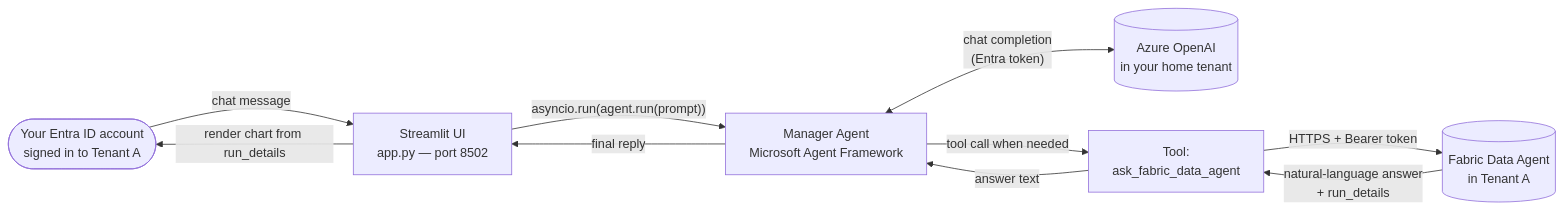
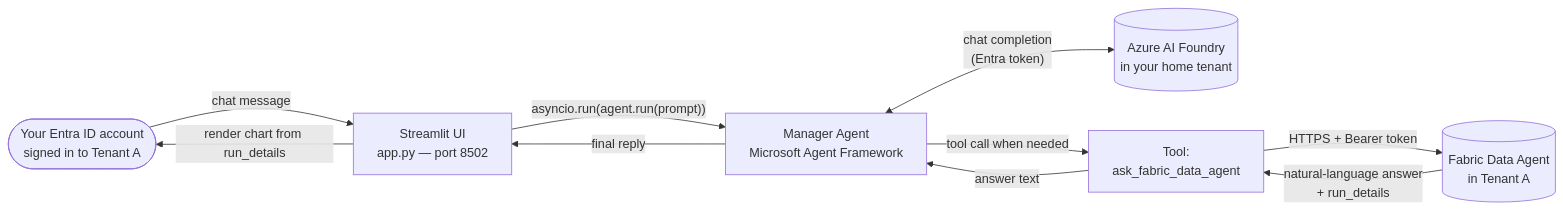
The third of 4 diagrams in README.md (edhotp/MsFabric_MsFoundry_Agent_CrossTenant), drawn with Mermaid before and after one commit. The commit also changed other lines of this file and 3 other files, not shown here.

First line of the commit message:
Switch orchestrator LLM to Azure AI Foundry v1 OpenAI endpoint

````diff
--- a/README.md
+++ b/README.md
@@ -186,19 +186,19 @@
 ```mermaid
 flowchart LR
     U([Your Entra ID account<br/>signed in to Tenant A])
     APP[Streamlit UI<br/>app.py — port 8502]
     MGR[Manager Agent<br/>Microsoft Agent Framework]
-    AOAI[(Azure OpenAI<br/>in your home tenant)]
+    AOAI[(Azure AI Foundry<br/>in your home tenant)]
     TOOL[Tool:<br/>ask_fabric_data_agent]
     FDA[(Fabric Data Agent<br/>in Tenant A)]
 
     U -->|chat message| APP
     APP -->|"asyncio.run(agent.run(prompt))"| MGR
     MGR <-->|"chat completion<br/>(Entra token)"| AOAI
     MGR -->|tool call when needed| TOOL
     TOOL -->|HTTPS + Bearer token| FDA
     FDA -->|natural-language answer<br/>+ run_details| TOOL
     TOOL -->|answer text| MGR
     MGR -->|final reply| APP
     APP -->|render chart from run_details| U
 ```
````
